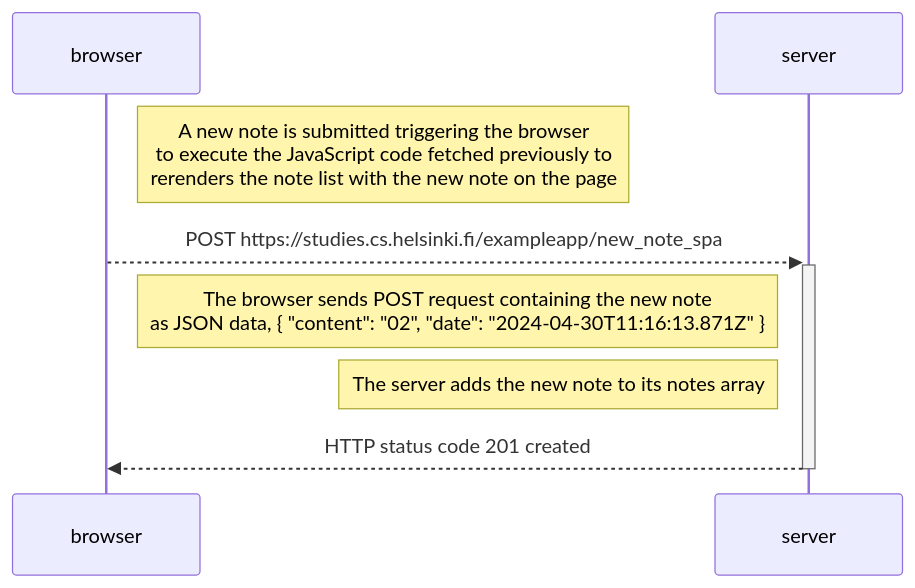
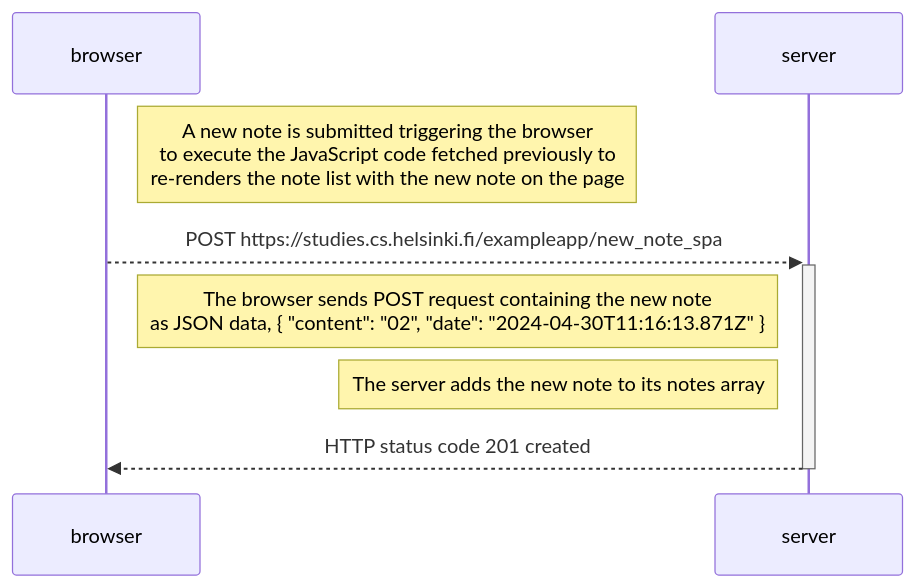
One commit to flora8heart/fullstackopen changed the diagram in part0/exercise0_6-spa-newnote-diagram.md. Above: the diagram before and after it, drawn with Mermaid.

Commit message:
Update mermain diagram for part0

````diff
--- a/part0/exercise0_6-spa-newnote-diagram.md
+++ b/part0/exercise0_6-spa-newnote-diagram.md
@@ -1,19 +1,19 @@
 ```mermaid
 sequenceDiagram
 
 participant browser
 participant server
 
-Note right of browser: A new note is submitted triggering the browser <br> to execute the JavaScript code fetched previously to <br>rerenders the note list with the new note on the page
+Note right of browser: A new note is submitted triggering the browser <br> to execute the JavaScript code fetched previously to <br>re-renders the note list with the new note on the page
 
 browser-->>+server: POST https://studies.cs.helsinki.fi/exampleapp/new_note_spa
 
 
 Note right of browser: The browser sends POST request containing the new note <br>as JSON data, { "content": "02", "date": "2024-04-30T11:16:13.871Z" }
 
  Note left of server: The server adds the new note to its notes array
 
 server-->>-browser: HTTP status code 201 created
 
 
 ```
````
